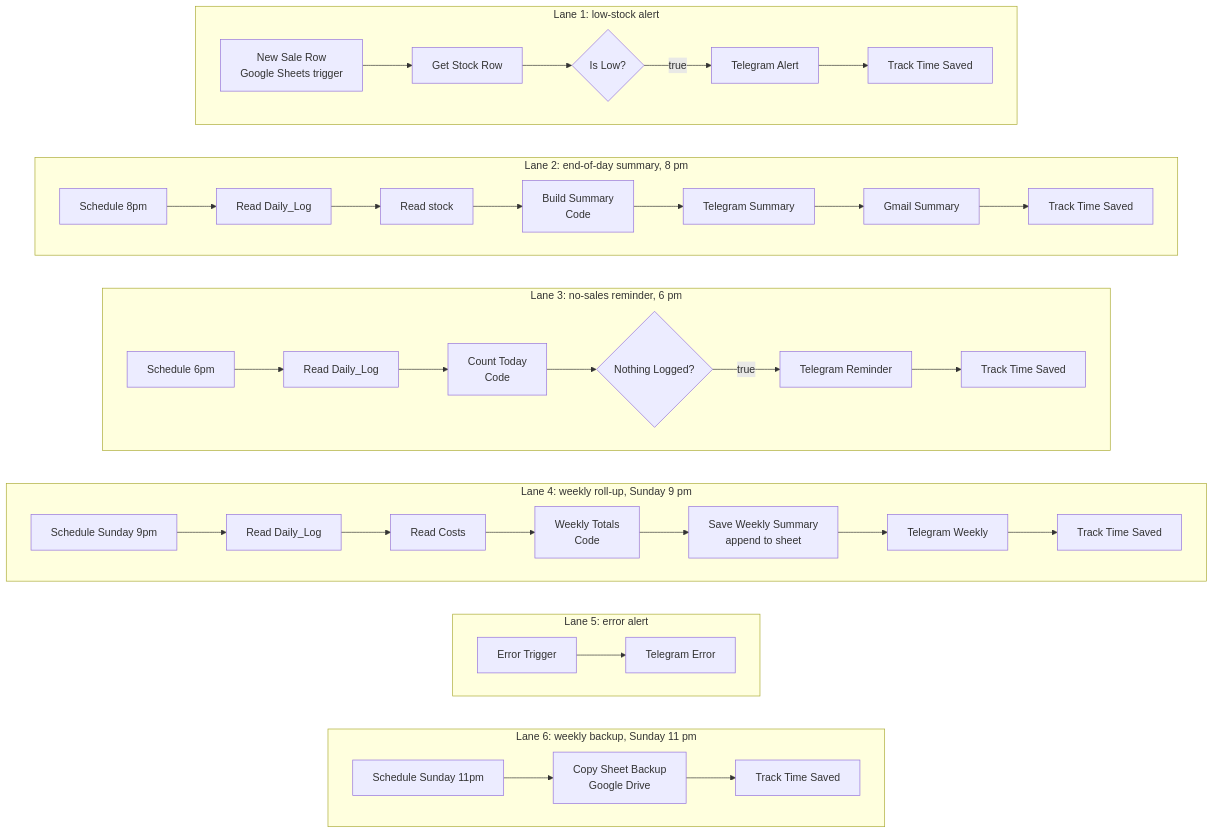
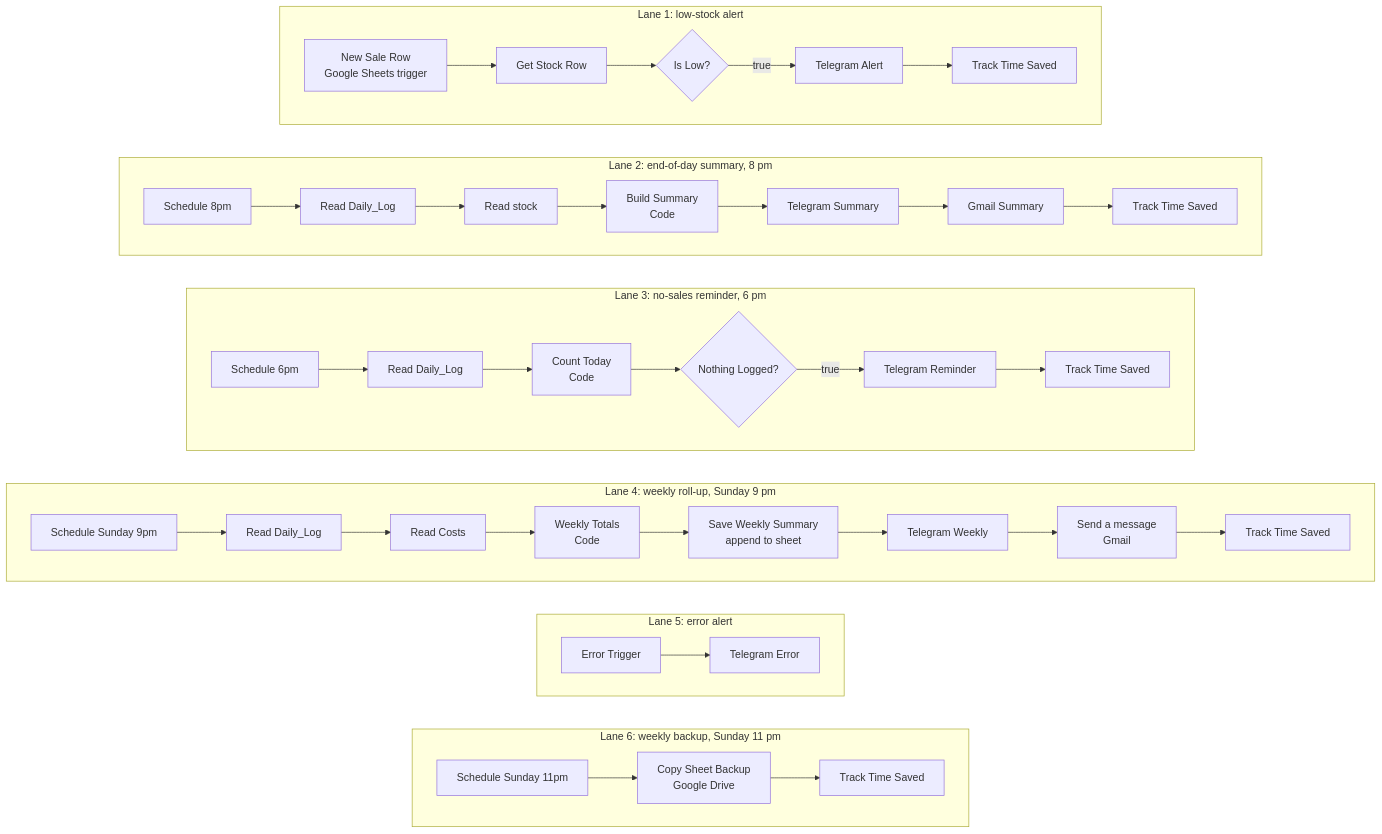
Before and after one commit to Frankdespi/Frankdespi.github.io: the diagram in projects/sales-inventory-automation/README.md, drawn with Mermaid. The commit also changed other lines of this file and 2 other files, not shown here.

````diff
--- a/projects/sales-inventory-automation/README.md
+++ b/projects/sales-inventory-automation/README.md
@@ -28,34 +28,34 @@
 ```mermaid
 flowchart TB
     subgraph L1["Lane 1: low-stock alert"]
         direction LR
         a1["New Sale Row<br/>Google Sheets trigger"] --> a2["Get Stock Row"] --> a3{"Is Low?"}
         a3 -- true --> a4["Telegram Alert"] --> a5["Track Time Saved"]
     end
     subgraph L2["Lane 2: end-of-day summary, 8 pm"]
         direction LR
         b1["Schedule 8pm"] --> b2["Read Daily_Log"] --> b3["Read stock"] --> b4["Build Summary<br/>Code"] --> b5["Telegram Summary"] --> b6["Gmail Summary"] --> b7["Track Time Saved"]
     end
     subgraph L3["Lane 3: no-sales reminder, 6 pm"]
         direction LR
         c1["Schedule 6pm"] --> c2["Read Daily_Log"] --> c3["Count Today<br/>Code"] --> c4{"Nothing Logged?"}
         c4 -- true --> c5["Telegram Reminder"] --> c6["Track Time Saved"]
     end
     subgraph L4["Lane 4: weekly roll-up, Sunday 9 pm"]
         direction LR
-        d1["Schedule Sunday 9pm"] --> d2["Read Daily_Log"] --> d3["Read Costs"] --> d4["Weekly Totals<br/>Code"] --> d5["Save Weekly Summary<br/>append to sheet"] --> d6["Telegram Weekly"] --> d7["Track Time Saved"]
+        d1["Schedule Sunday 9pm"] --> d2["Read Daily_Log"] --> d3["Read Costs"] --> d4["Weekly Totals<br/>Code"] --> d5["Save Weekly Summary<br/>append to sheet"] --> d6["Telegram Weekly"] --> d6b["Send a message<br/>Gmail"] --> d7["Track Time Saved"]
     end
     subgraph L5["Lane 5: error alert"]
         direction LR
         e1["Error Trigger"] --> e2["Telegram Error"]
     end
     subgraph L6["Lane 6: weekly backup, Sunday 11 pm"]
         direction LR
         f1["Schedule Sunday 11pm"] --> f2["Copy Sheet Backup<br/>Google Drive"] --> f3["Track Time Saved"]
     end
     L1 ~~~ L2
     L2 ~~~ L3
     L3 ~~~ L4
     L4 ~~~ L5
     L5 ~~~ L6
 ```
````
